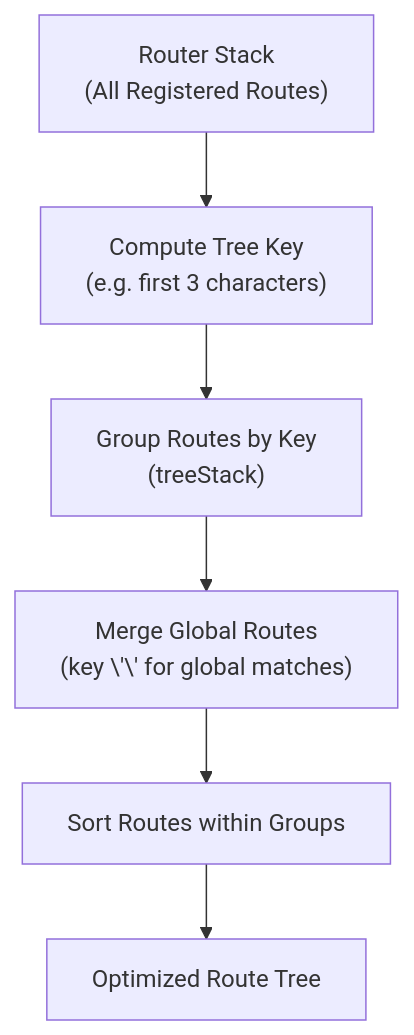
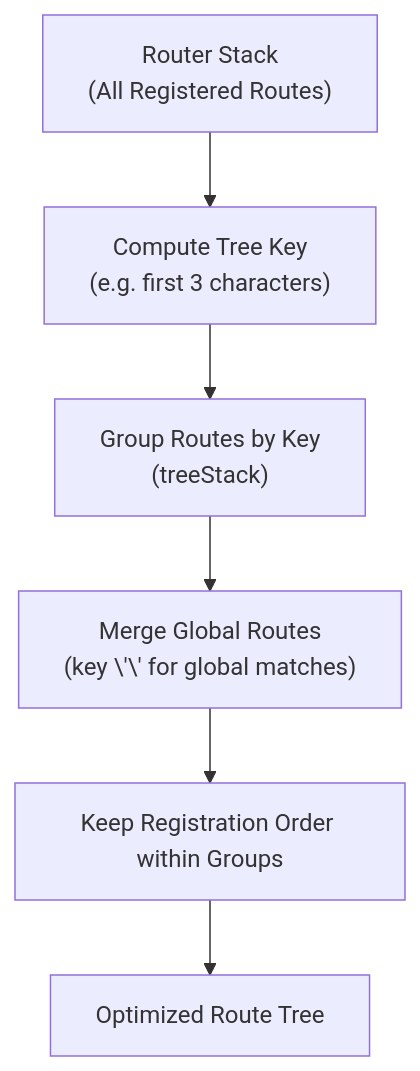
The seventh of 14 diagrams in docs/core/extra/internal.md (gofiber/docs), drawn with Mermaid before and after one commit. The commit also changed other lines of this file and 63 other files, not shown here.

````diff
--- a/docs/core/extra/internal.md
+++ b/docs/core/extra/internal.md
@@ -219,15 +219,15 @@
 ```mermaid
 flowchart TD
     A["Router Stack<br/>(All Registered Routes)"]
     B["Compute Tree Key<br/>(e.g. first 3 characters)"]
     C["Group Routes by Key<br/>(treeStack)"]
     D["Merge Global Routes<br/>(key \'\' for global matches)"]
-    E[Sort Routes within Groups]
+    E[Keep Registration Order within Groups]
     F[Optimized Route Tree]
 
     A --> B
     B --> C
     C --> D
     D --> E
     E --> F
 ```
````
